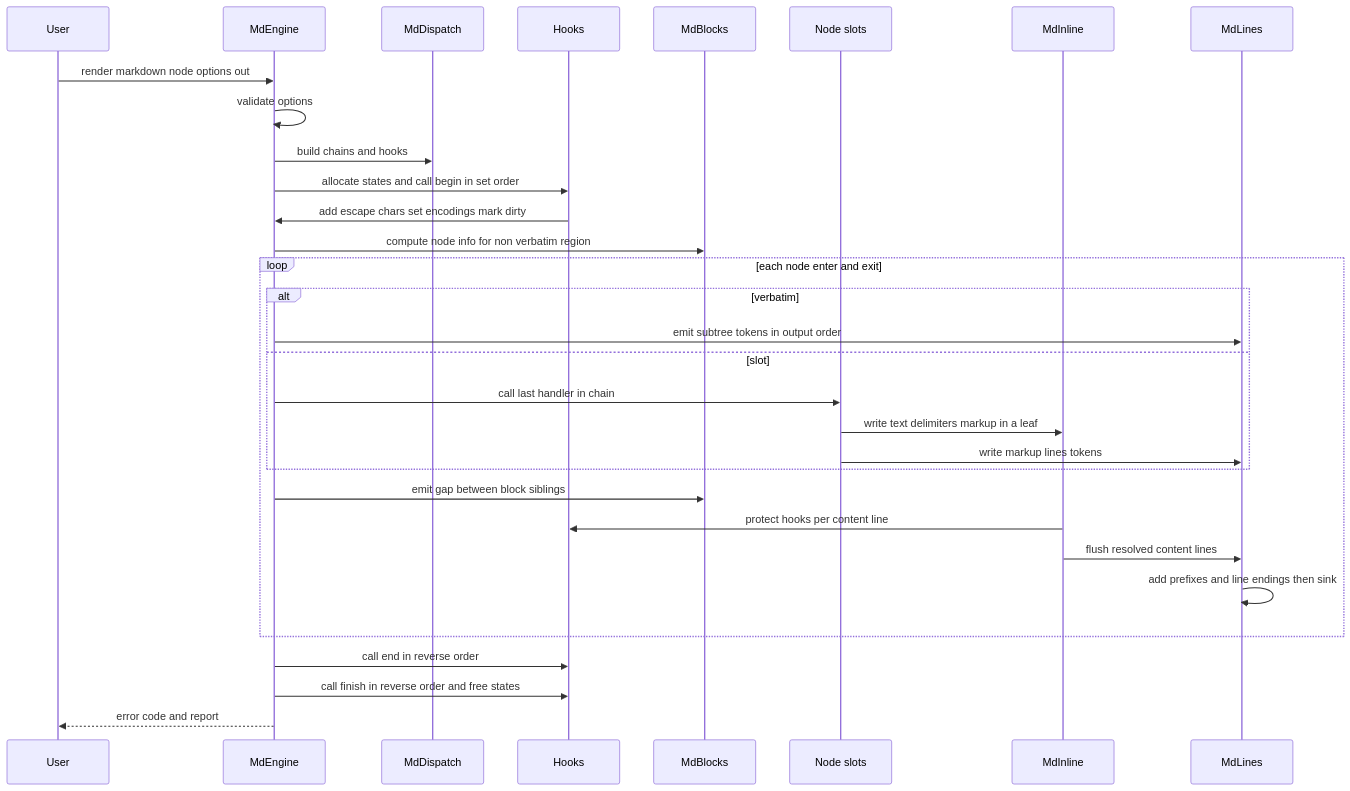
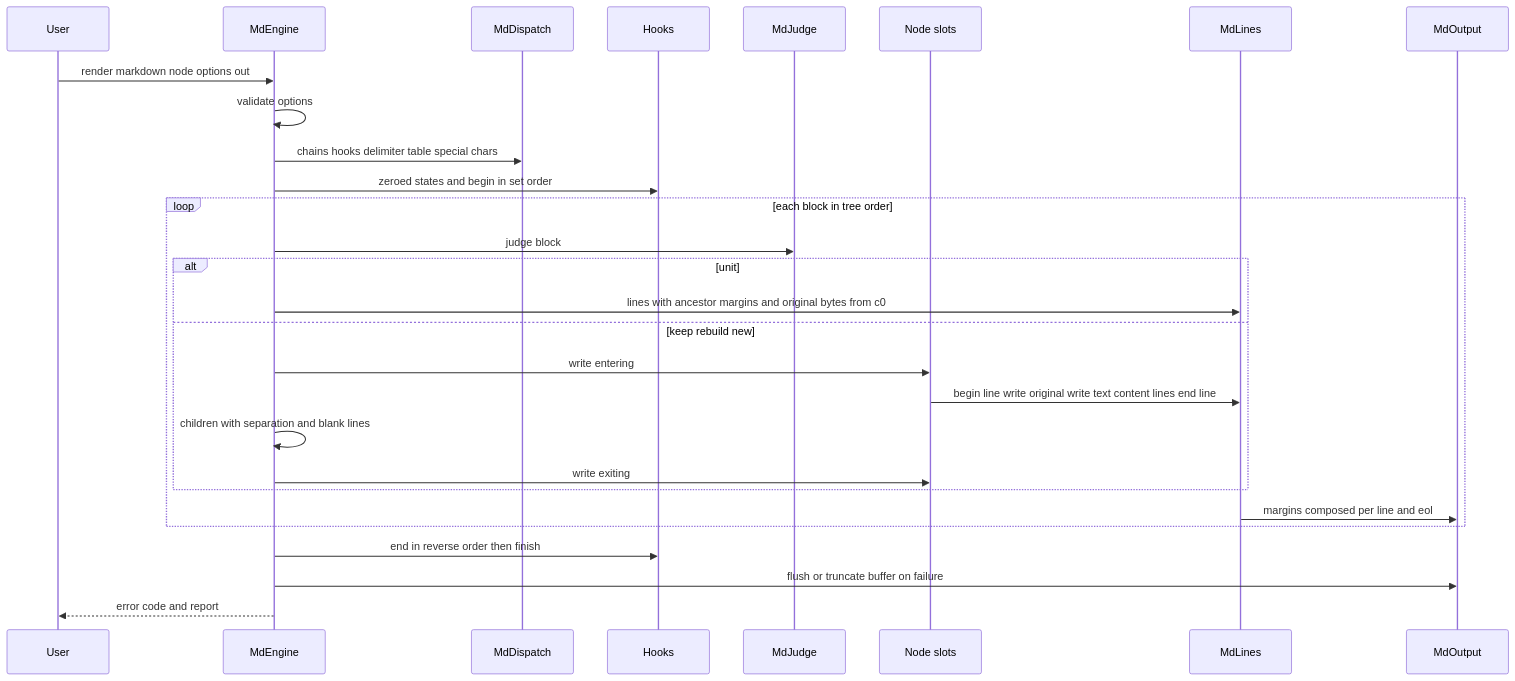
The second of 6 diagrams in .kiro/specs/markdown-renderer/design.md (ktdevx/amark-private2), drawn with Mermaid before and after one commit. The commit also changed other lines of this file and 4 other files, not shown here.

````diff
--- a/.kiro/specs/markdown-renderer/design.md
+++ b/.kiro/specs/markdown-renderer/design.md
@@ -212,33 +236,30 @@
 ```mermaid
 sequenceDiagram
     participant U as User
     participant E as MdEngine
     participant D as MdDispatch
     participant H as Hooks
-    participant B as MdBlocks
+    participant J as MdJudge
     participant S as Node slots
-    participant I as MdInline
     participant L as MdLines
+    participant O as MdOutput
     U->>E: render markdown node options out
     E->>E: validate options
-    E->>D: build chains and hooks
-    E->>H: allocate states and call begin in set order
-    H->>E: add escape chars set encodings mark dirty
-    E->>B: compute node info for non verbatim region
-    loop each node enter and exit
-        alt verbatim
-            E->>L: emit subtree tokens in output order
-        else slot
-            E->>S: call last handler in chain
-            S->>I: write text delimiters markup in a leaf
-            S->>L: write markup lines tokens
+    E->>D: chains hooks delimiter table special chars
+    E->>H: zeroed states and begin in set order
+    loop each block in tree order
+        E->>J: judge block
+        alt unit
+            E->>L: lines with ancestor margins and original bytes from c0
+        else keep rebuild new
+            E->>S: write entering
+            S->>L: begin line write original write text content lines end line
+            E->>E: children with separation and blank lines
+            E->>S: write exiting
         end
-        E->>B: emit gap between block siblings
-        I->>H: protect hooks per content line
-        I->>L: flush resolved content lines
-        L->>L: add prefixes and line endings then sink
+        L->>O: margins composed per line and eol
     end
-    E->>H: call end in reverse order
-    E->>H: call finish in reverse order and free states
+    E->>H: end in reverse order then finish
+    E->>O: flush or truncate buffer on failure
     E-->>U: error code and report
 ```
````
